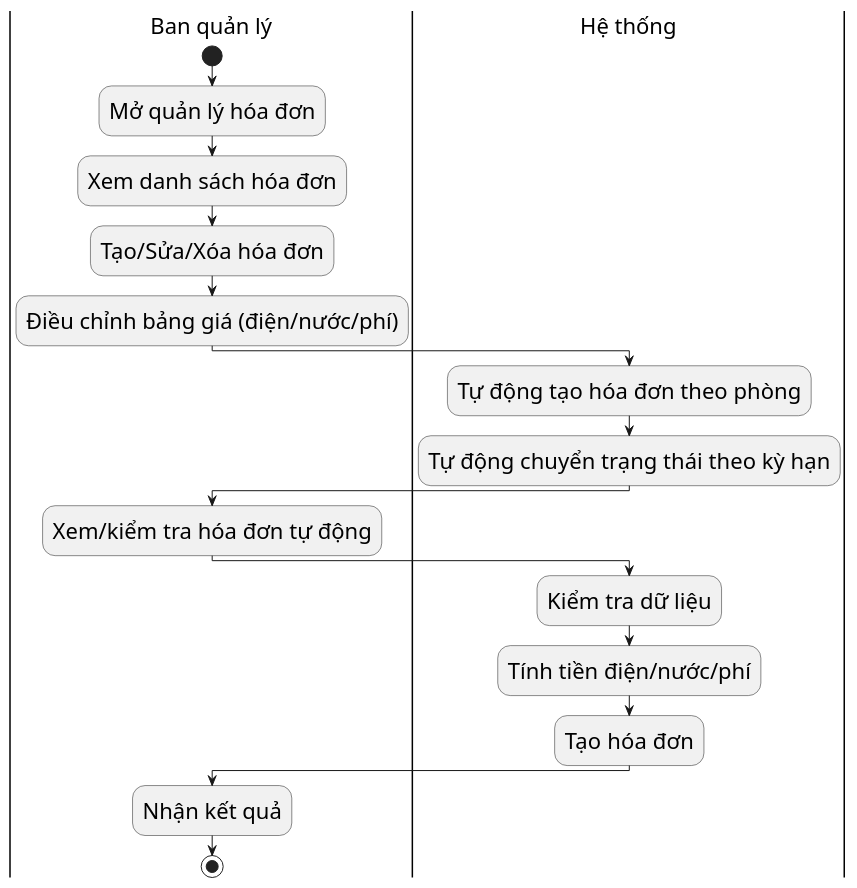
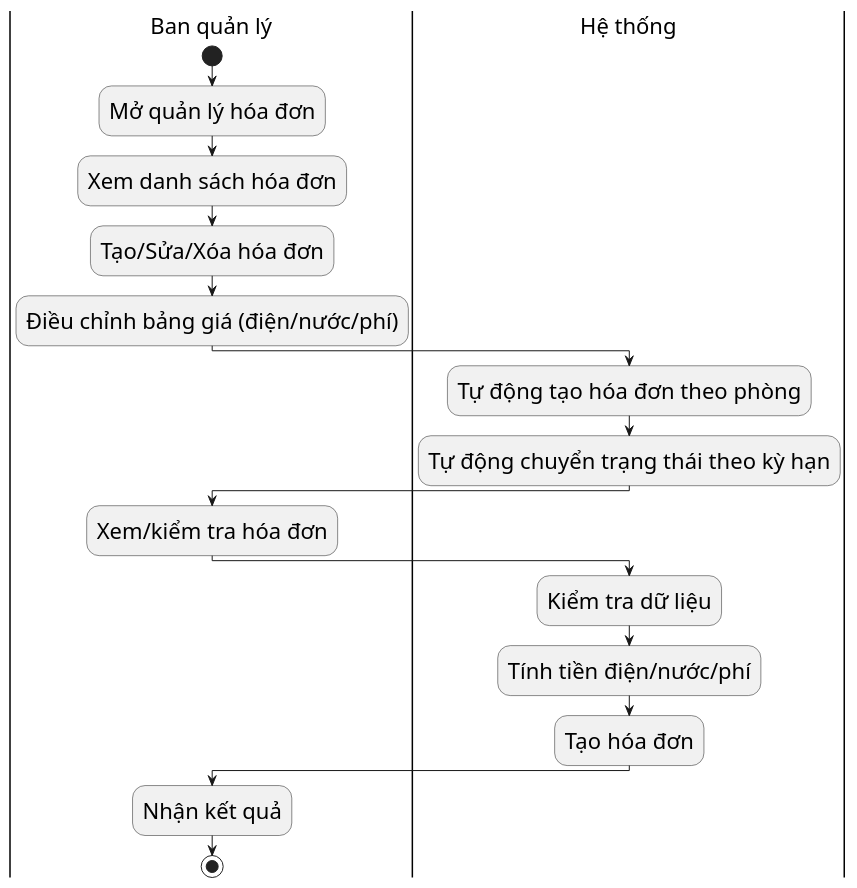
The diagram in diagrams/nhomhoadonthanhtoan/invoice_create_activity.puml (s0nbuildtech287/dormitory-frontend), drawn with PlantUML before and after one commit. The commit also changed 8 other files, not shown here.

```diff
--- a/diagrams/nhomhoadonthanhtoan/invoice_create_activity.puml
+++ b/diagrams/nhomhoadonthanhtoan/invoice_create_activity.puml
@@ -1,22 +1,22 @@
 @startuml "Invoice Management Activity"
 skinparam defaultFontSize 22
 skinparam defaultFontName "Times New Roman"
 |Ban quản lý|
 start
 :Mở quản lý hóa đơn;
 :Xem danh sách hóa đơn;
 :Tạo/Sửa/Xóa hóa đơn;
 :Điều chỉnh bảng giá (điện/nước/phí);
 |Hệ thống|
 :Tự động tạo hóa đơn theo phòng;
 :Tự động chuyển trạng thái theo kỳ hạn;
 |Ban quản lý|
-:Xem/kiểm tra hóa đơn tự động;
+:Xem/kiểm tra hóa đơn;
 |Hệ thống|
 :Kiểm tra dữ liệu;
 :Tính tiền điện/nước/phí;
 :Tạo hóa đơn;
 |Ban quản lý|
 :Nhận kết quả;
 stop
 @enduml
```
